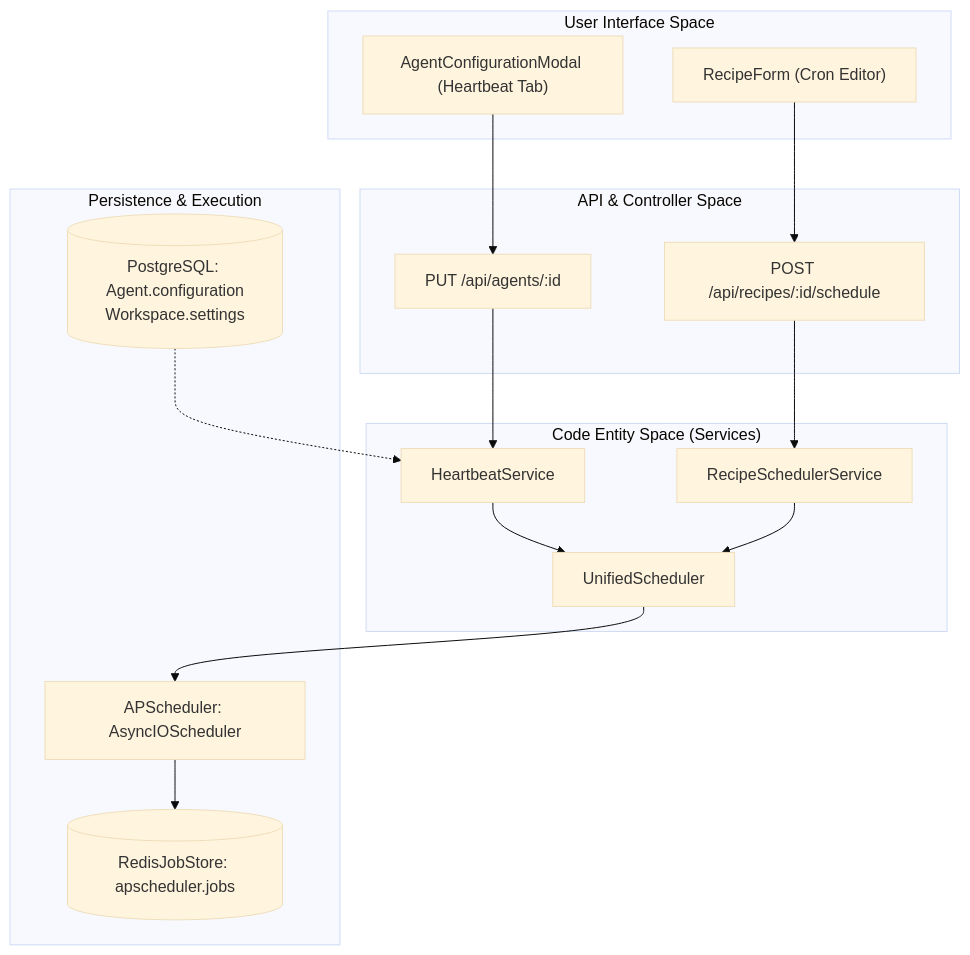
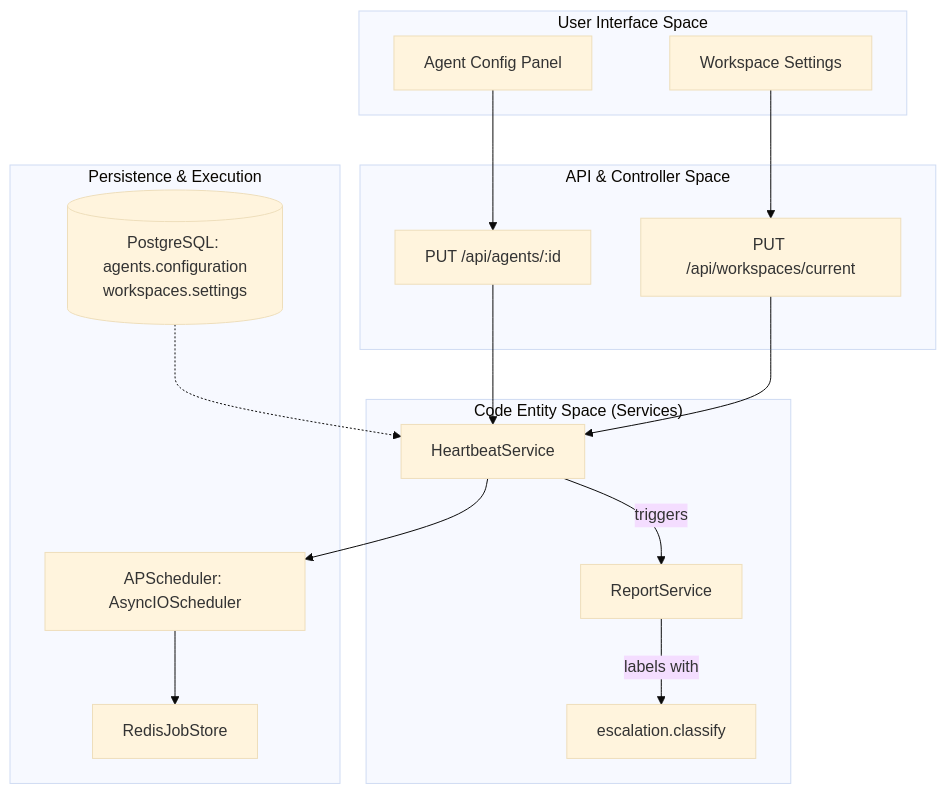
One commit to AutomatosAI/automatos-ai changed the diagram in docs/heartbeat-proactive-assistant/configuration-scheduling.md. Above: the diagram before and after it, drawn with Mermaid (base theme). The commit also changed other lines of this file and 153 other files, not shown here.

````diff
--- a/docs/heartbeat-proactive-assistant/configuration-scheduling.md
+++ b/docs/heartbeat-proactive-assistant/configuration-scheduling.md
@@ -80,37 +60,36 @@
 ```mermaid
 graph TB
     subgraph "User Interface Space"
-        UI_HB["AgentConfigurationModal (Heartbeat Tab)"]
-        UI_CRON["RecipeForm (Cron Editor)"]
+        UI_AGENT["Agent Config Panel"]
+        UI_WS["Workspace Settings"]
     end
 
     subgraph "API & Controller Space"
         API_AGENT["PUT /api/agents/:id"]
-        API_RECIPE["POST /api/recipes/:id/schedule"]
+        API_WS["PUT /api/workspaces/current"]
     end
 
     subgraph "Code Entity Space (Services)"
         HB_SVC["HeartbeatService"]
-        REC_SVC["RecipeSchedulerService"]
-        UNI_SCHED["UnifiedScheduler"]
+        RPT_SVC["ReportService"]
+        ESCAL_SVC["escalation.classify"]
     end
 
     subgraph "Persistence & Execution"
-        DB_PG[("PostgreSQL: Agent.configuration<br/>Workspace.settings")]
-        DB_REDIS[("RedisJobStore: apscheduler.jobs")]
+        DB_PG[("PostgreSQL: agents.configuration<br/>workspaces.settings")]
         APS["APScheduler: AsyncIOScheduler"]
+        REDIS_STORE["RedisJobStore"]
     end
 
-    UI_HB --> API_AGENT
-    UI_CRON --> API_RECIPE
+    UI_AGENT --> API_AGENT
+    UI_WS --> API_WS
     
     API_AGENT --> HB_SVC
-    API_RECIPE --> REC_SVC
+    API_WS --> HB_SVC
 
-    HB_SVC --> UNI_SCHED
-    REC_SVC --> UNI_SCHED
-    
-    UNI_SCHED --> APS
-    APS --> DB_REDIS
+    HB_SVC --> APS
+    APS --> REDIS_STORE
+    HB_SVC -- "triggers" --> RPT_SVC
+    RPT_SVC -- "labels with" --> ESCAL_SVC
     DB_PG -.-> HB_SVC
 ```
````
